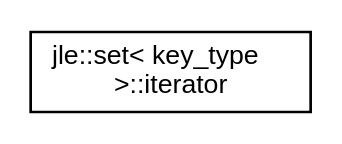
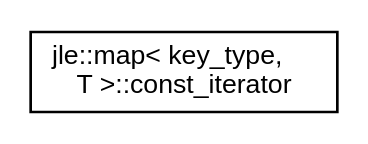
Before and after one commit to jleahred/jleahred.github.io: the diagram in jle_cpp_tk.doc/inherit_graph_20.dot, drawn with Graphviz. The commit also changed 482 other files, not shown here.

```diff
--- a/jle_cpp_tk.doc/inherit_graph_20.dot
+++ b/jle_cpp_tk.doc/inherit_graph_20.dot
@@ -1,7 +1,7 @@
 digraph "Graphical Class Hierarchy"
 {
   edge [fontname="Helvetica",fontsize="10",labelfontname="Helvetica",labelfontsize="10"];
   node [fontname="Helvetica",fontsize="10",shape=record];
   rankdir="LR";
-  Node1 [label="jle::set\< key_type\l \>::iterator",height=0.2,width=0.4,color="black", fillcolor="white", style="filled",URL="$classjle_1_1set_1_1iterator.html"];
+  Node1 [label="jle::map\< key_type,\l T \>::const_iterator",height=0.2,width=0.4,color="black", fillcolor="white", style="filled",URL="$classjle_1_1map_1_1const__iterator.html"];
 }
```
